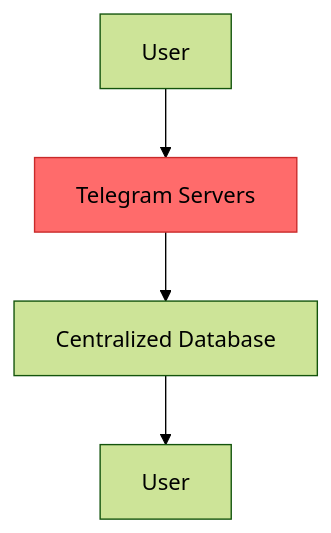
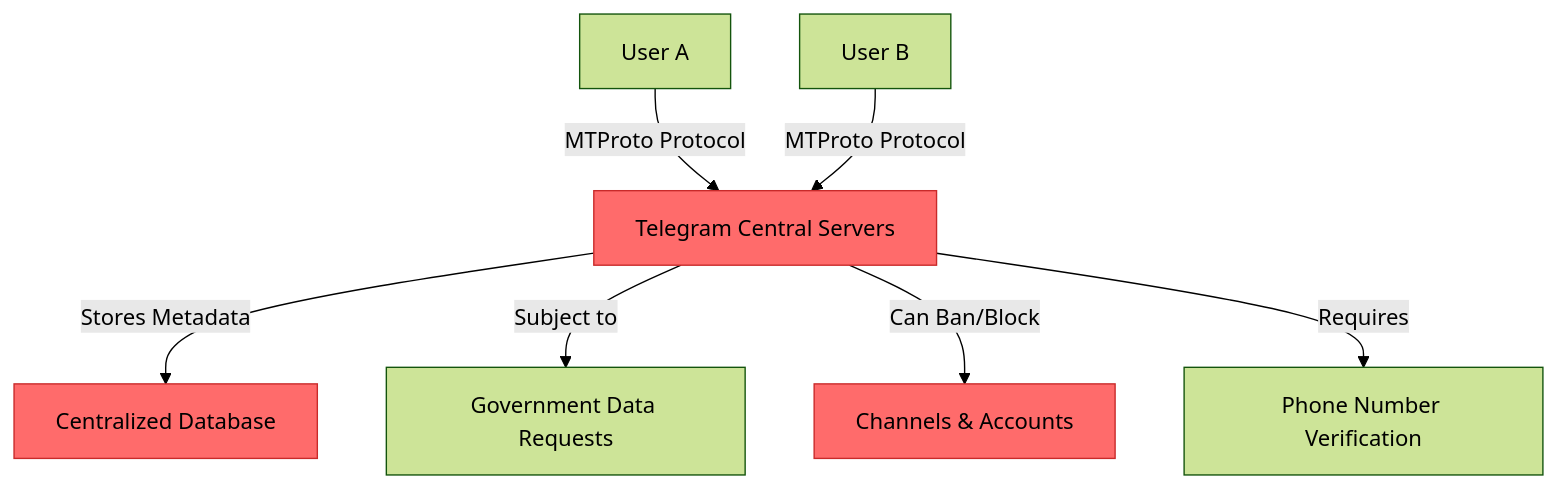
The first of 2 diagrams in 10-messaging/02-telegram-to-waku.md (Elvatar2/Web2-To-Web3-Migration-Guide), drawn with Mermaid (forest theme) before and after one commit. The commit also changed other lines of this file, not shown here.

````diff
--- a/10-messaging/02-telegram-to-waku.md
+++ b/10-messaging/02-telegram-to-waku.md
@@ -52,8 +62,13 @@
 ```mermaid
 graph TB
-    A[User] --> B[Telegram Servers]
-    B --> C[Centralized Database]
-    C --> D[User]
+    A[User A] -->|MTProto Protocol| B[Telegram Central Servers]
+    C[User B] -->|MTProto Protocol| B
+    B -->|Stores Metadata| D[Centralized Database]
+    B -->|Subject to| E[Government Data Requests]
+    B -->|Can Ban/Block| F[Channels & Accounts]
+    B -->|Requires| G[Phone Number Verification]
 
     style B fill:#ff6b6b,stroke:#c92a2a
+    style D fill:#ff6b6b,stroke:#c92a2a
+    style F fill:#ff6b6b,stroke:#c92a2a
 ```
````
